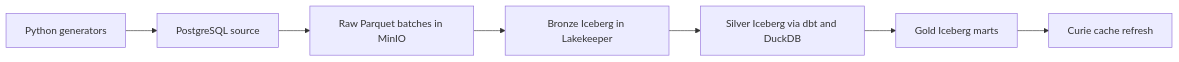
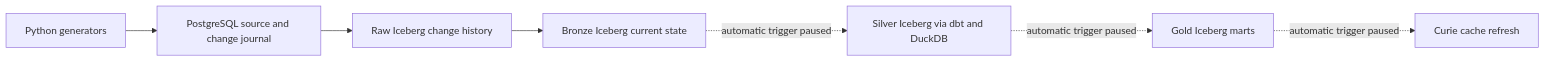
Before and after one commit to AntonMiniazev/ampere_project: the diagram in README.md, drawn with Mermaid. The commit also changed other lines of this file and 52 other files, not shown here.

Commit message:
feat(iceberg): journal source changes into raw

````diff
--- a/README.md
+++ b/README.md
@@ -7,9 +9,9 @@
 ```mermaid
 flowchart LR
-    G[Python generators] --> P[PostgreSQL source]
-    P --> R[Raw Parquet batches in MinIO]
-    R --> B[Bronze Iceberg in Lakekeeper]
-    B --> S[Silver Iceberg via dbt and DuckDB]
-    S --> O[Gold Iceberg marts]
-    O --> C[Curie cache refresh]
+    G[Python generators] --> P[PostgreSQL source and change journal]
+    P --> R[Raw Iceberg change history]
+    R --> B[Bronze Iceberg current state]
+    B -. automatic trigger paused .-> S[Silver Iceberg via dbt and DuckDB]
+    S -. automatic trigger paused .-> O[Gold Iceberg marts]
+    O -. automatic trigger paused .-> C[Curie cache refresh]
 ```
````
